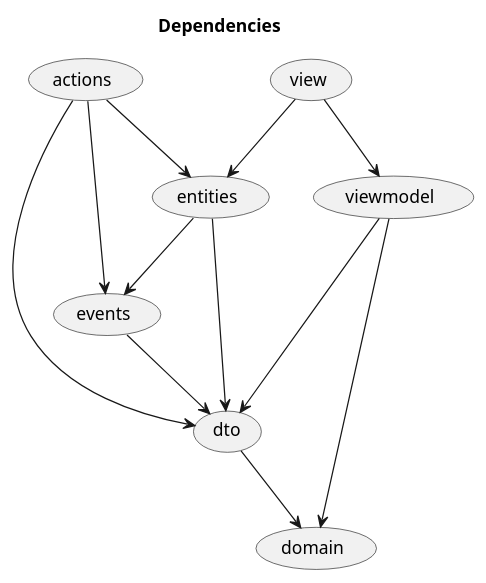
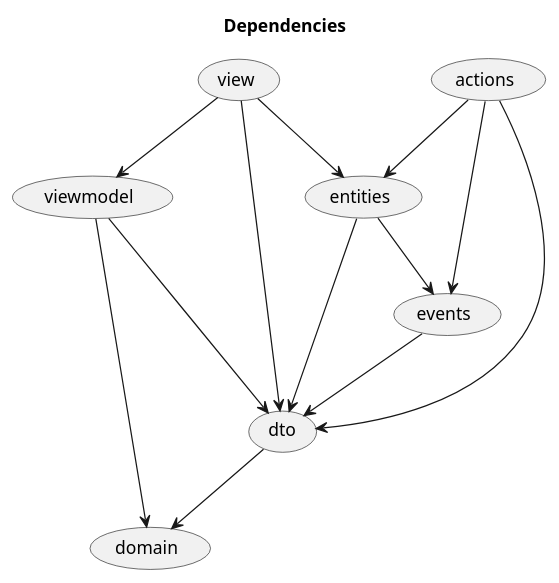
Before and after one commit to max8github/rez: the diagram in reservation/facility/docs/dependencies.puml, drawn with PlantUML. The commit also changed 17 other files, not shown here.

```diff
--- a/reservation/facility/docs/dependencies.puml
+++ b/reservation/facility/docs/dependencies.puml
@@ -1,16 +1,17 @@
 @startuml
 skinparam actorStyle hollow
 
 title Dependencies
 (viewmodel) --> (dto)
 (viewmodel) --> (domain)
 (view) --> (entities)
+(view) --> (dto)
 (view) --> (viewmodel)
 (actions) --> (entities)
 (actions) --> (events)
 (actions) --> (dto)
 (entities) --> (events)
 (entities) --> (dto)
 (events) --> (dto)
 (dto) --> (domain)
 @enduml
```
